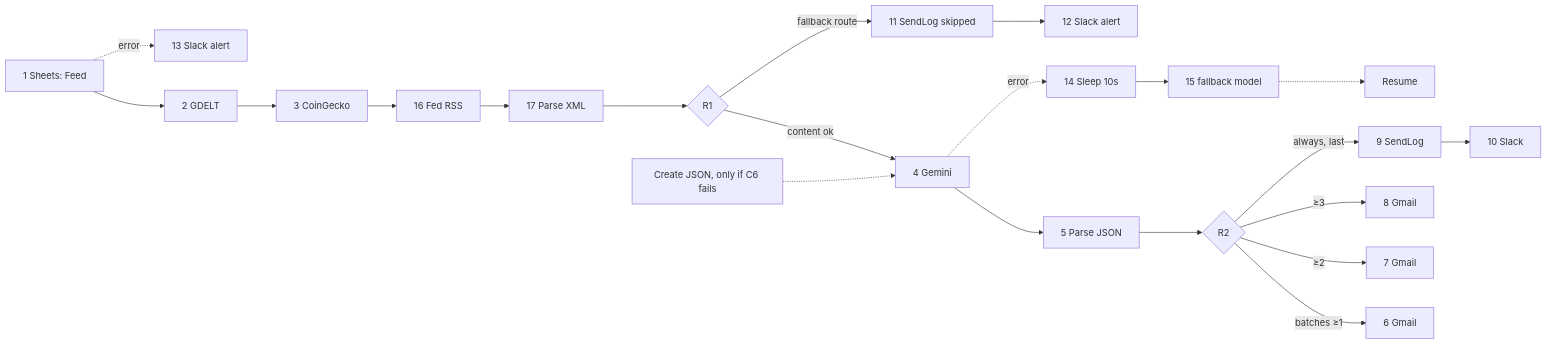
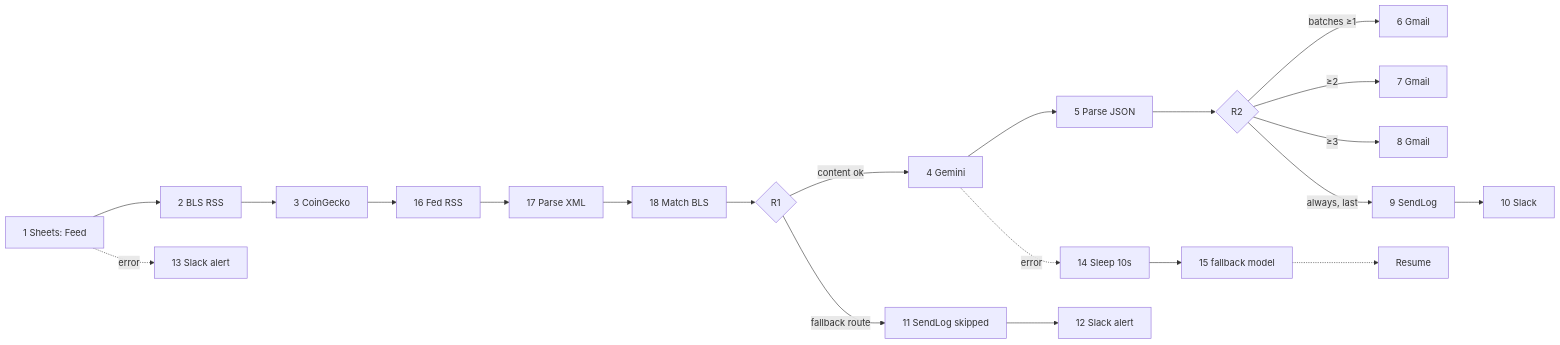
Before and after one commit to notm33na/morningmarket: the second of 2 diagrams in docs/ARCHITECTURE.md, drawn with Mermaid. The commit also changed other lines of this file and 26 other files, not shown here.

First line of the commit message:
Redesign as Fed, BLS data and crypto brief (no headlines)

````diff
--- a/docs/ARCHITECTURE.md
+++ b/docs/ARCHITECTURE.md
@@ -24,13 +24,12 @@
 ```mermaid
 flowchart LR
-  M1[1 Sheets: Feed] --> M2[2 GDELT] --> M3[3 CoinGecko] --> M16[16 Fed RSS] --> M17[17 Parse XML] --> R1{R1}
+  M1[1 Sheets: Feed] --> M2[2 BLS RSS] --> M3[3 CoinGecko] --> M16[16 Fed RSS] --> M17[17 Parse XML] --> M18[18 Match BLS] --> R1{R1}
   R1 -->|content ok| M4[4 Gemini] --> M5[5 Parse JSON] --> R2{R2}
   R2 -->|batches ≥1| M6[6 Gmail]
   R2 -->|≥2| M7[7 Gmail]
   R2 -->|≥3| M8[8 Gmail]
   R2 -->|always, last| M9[9 SendLog] --> M10[10 Slack]
   R1 -->|fallback route| M11[11 SendLog skipped] --> M12[12 Slack alert]
   M1 -.error.-> M13[13 Slack alert]
   M4 -.error.-> S1[14 Sleep 10s] --> M4r[15 fallback model] -.-> RES[Resume]
-  MCJ[Create JSON, only if C6 fails] -.-> M4
 ```
````
